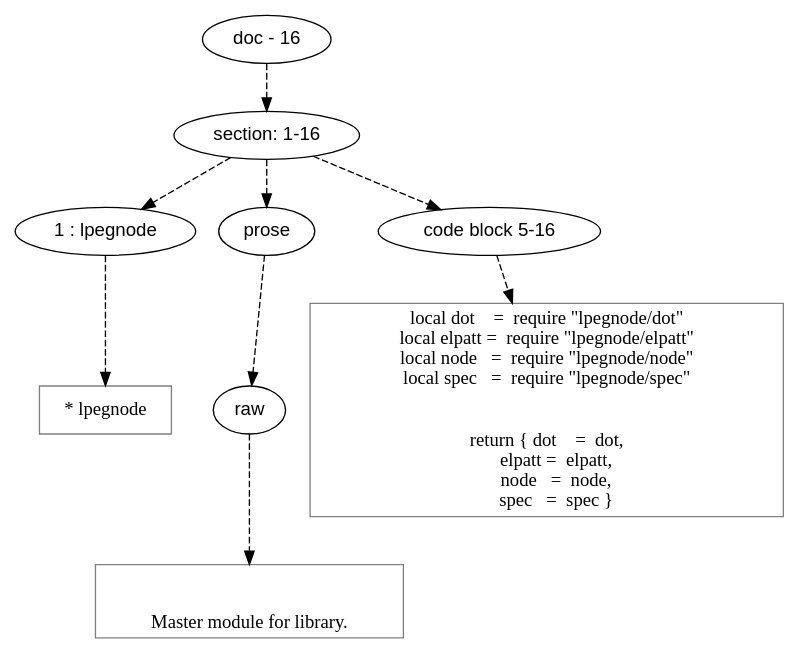
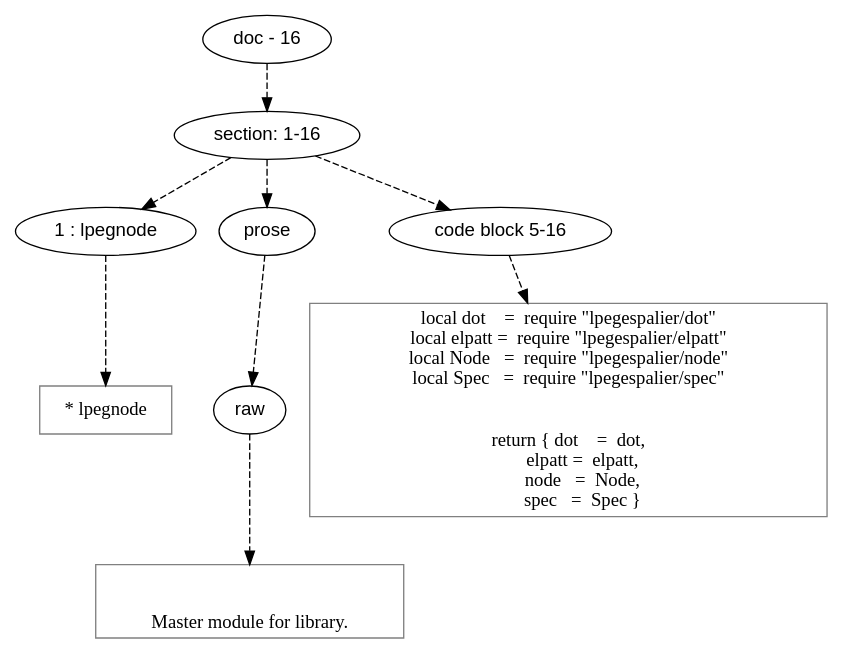
One commit to orb-lang/espalier changed the diagram in doc/dot/lpegnode.dot. Above: the diagram before and after it, drawn with Graphviz. The commit also changed 47 other files, not shown here.

```diff
--- a/doc/dot/lpegnode.dot
+++ b/doc/dot/lpegnode.dot
@@ -1,62 +1,62 @@
 digraph lpegNode {
 
 node [fontname=Helvetica]
 edge [style=dashed]
 
 doc_0 [label="doc - 16"]
 
 
 doc_0 -> { section_1}
 {rank=same; section_1}
 
 section_1 [label="section: 1-16"]
 
 
 // END RANK doc_0
 
 section_1 -> { header_2 prose_3 codeblock_4}
 {rank=same; header_2 prose_3 codeblock_4}
 
 header_2 [label="1 : lpegnode"]
 
 prose_3 [label="prose"]
 
 codeblock_4 [label="code block 5-16"]
 
 
 // END RANK section_1
 
 header_2 -> leaf_5
 leaf_5  [color=Gray,shape=rectangle,fontname=Inconsolata,label="* lpegnode"]
 // END RANK header_2
 
 prose_3 -> { raw_6}
 {rank=same; raw_6}
 
 raw_6 [label="raw"]
 
 
 // END RANK prose_3
 
 raw_6 -> leaf_7
 leaf_7  [color=Gray,shape=rectangle,fontname=Inconsolata,label="
 
 Master module for library.
 "]
 // END RANK raw_6
 
 codeblock_4 -> leaf_8
-leaf_8  [color=Gray,shape=rectangle,fontname=Inconsolata,label="local dot    =  require \"lpegnode/dot\"
-local elpatt =  require \"lpegnode/elpatt\"
-local node   =  require \"lpegnode/node\"
-local spec   =  require \"lpegnode/spec\"
+leaf_8  [color=Gray,shape=rectangle,fontname=Inconsolata,label="local dot    =  require \"lpegespalier/dot\"
+local elpatt =  require \"lpegespalier/elpatt\"
+local Node   =  require \"lpegespalier/node\"
+local Spec   =  require \"lpegespalier/spec\"
 
 
 return { dot    =  dot,
-     elpatt =  elpatt,
-     node   =  node,
-     spec   =  spec }"]
+       elpatt =  elpatt,
+       node   =  Node,
+       spec   =  Spec }"]
 // END RANK codeblock_4
 
 
 }
```
